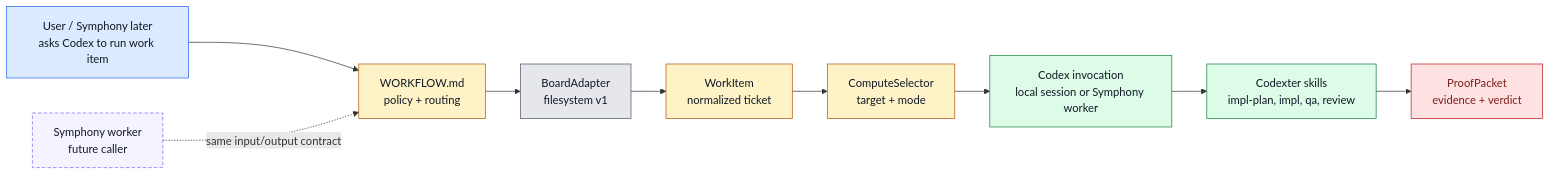
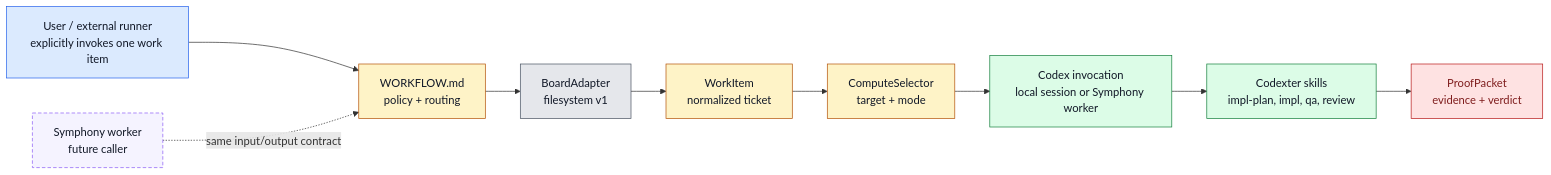
One commit to ZanarkandTechnologies/Farplane changed the diagram in docs/specs/symphony-compatible-codexter-runner.md. Above: the diagram before and after it, drawn with Mermaid. The commit also changed other lines of this file and 17 other files, not shown here.

````diff
--- a/docs/specs/symphony-compatible-codexter-runner.md
+++ b/docs/specs/symphony-compatible-codexter-runner.md
@@ -72,22 +80,22 @@
 ```mermaid
 flowchart LR
   classDef entry fill:#dbeafe,stroke:#2563eb,color:#111827
   classDef contract fill:#fef3c7,stroke:#b45309,color:#111827
   classDef adapter fill:#e5e7eb,stroke:#4b5563,color:#111827
   classDef compute fill:#dcfce7,stroke:#15803d,color:#111827
   classDef quality fill:#fee2e2,stroke:#b91c1c,color:#7f1d1d
   classDef future fill:#f5f3ff,stroke:#8b5cf6,color:#111827,stroke-dasharray: 5 3
 
-  User["User / Symphony later<br/>asks Codex to run work item"]:::entry
+  User["User / external runner<br/>explicitly invokes one work item"]:::entry
   Workflow["WORKFLOW.md<br/>policy + routing"]:::contract
   Board["BoardAdapter<br/>filesystem v1"]:::adapter
   Item["WorkItem<br/>normalized ticket"]:::contract
   Compute["ComputeSelector<br/>target + mode"]:::contract
   Runner["Codex invocation<br/>local session or Symphony worker"]:::compute
   Skills["Codexter skills<br/>impl-plan, impl, qa, review"]:::compute
   Proof["ProofPacket<br/>evidence + verdict"]:::quality
   Symphony["Symphony worker<br/>future caller"]:::future
 
   User --> Workflow --> Board --> Item --> Compute --> Runner --> Skills --> Proof
   Symphony -. "same input/output contract" .-> Workflow
 ```
````
